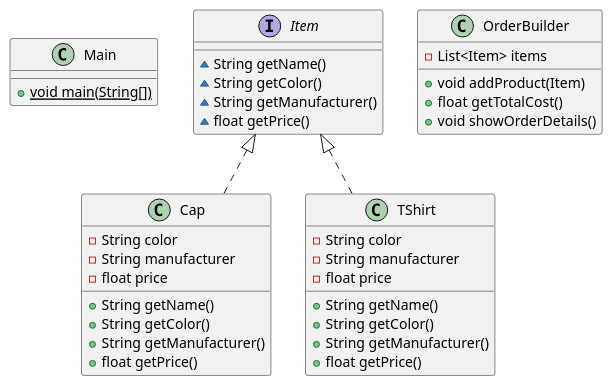
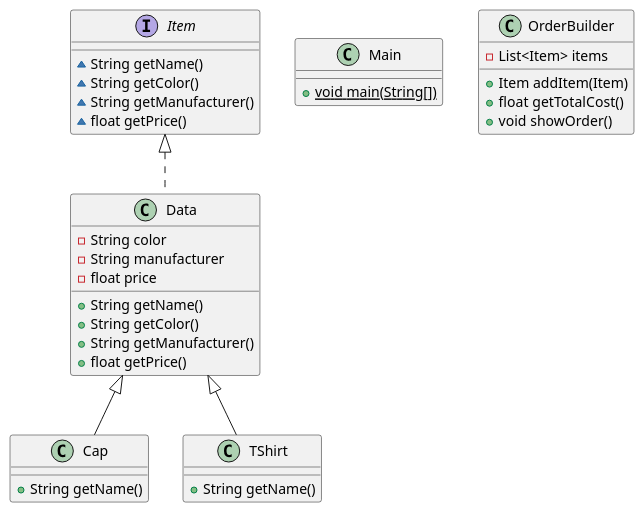
The diagram in Shop.puml (Novdmyt/Sport-shop), drawn with PlantUML before and after one commit. The commit also changed 1 other file, not shown here.

Commit message:
Correct the data

```diff
--- a/Shop.puml
+++ b/Shop.puml
@@ -1,39 +1,37 @@
 @startuml
+class Data {
+- String color
+- String manufacturer
+- float price
++ String getName()
++ String getColor()
++ String getManufacturer()
++ float getPrice()
+}
 class Main {
 + {static} void main(String[])
 }
 interface Item {
 ~ String getName()
 ~ String getColor()
 ~ String getManufacturer()
 ~ float getPrice()
 }
 class OrderBuilder {
 - List<Item> items
-+ void addProduct(Item)
++ Item addItem(Item)
 + float getTotalCost()
-+ void showOrderDetails()
++ void showOrder()
 }
 class Cap {
-- String color
-- String manufacturer
-- float price
 + String getName()
-+ String getColor()
-+ String getManufacturer()
-+ float getPrice()
 }
 class TShirt {
-- String color
-- String manufacturer
-- float price
 + String getName()
-+ String getColor()
-+ String getManufacturer()
-+ float getPrice()
 }
 
 
-Item <|.. Cap
-Item <|.. TShirt
+Item <|.. Data
+Data <|-- Cap
+Data <|-- TShirt
 @enduml
```
